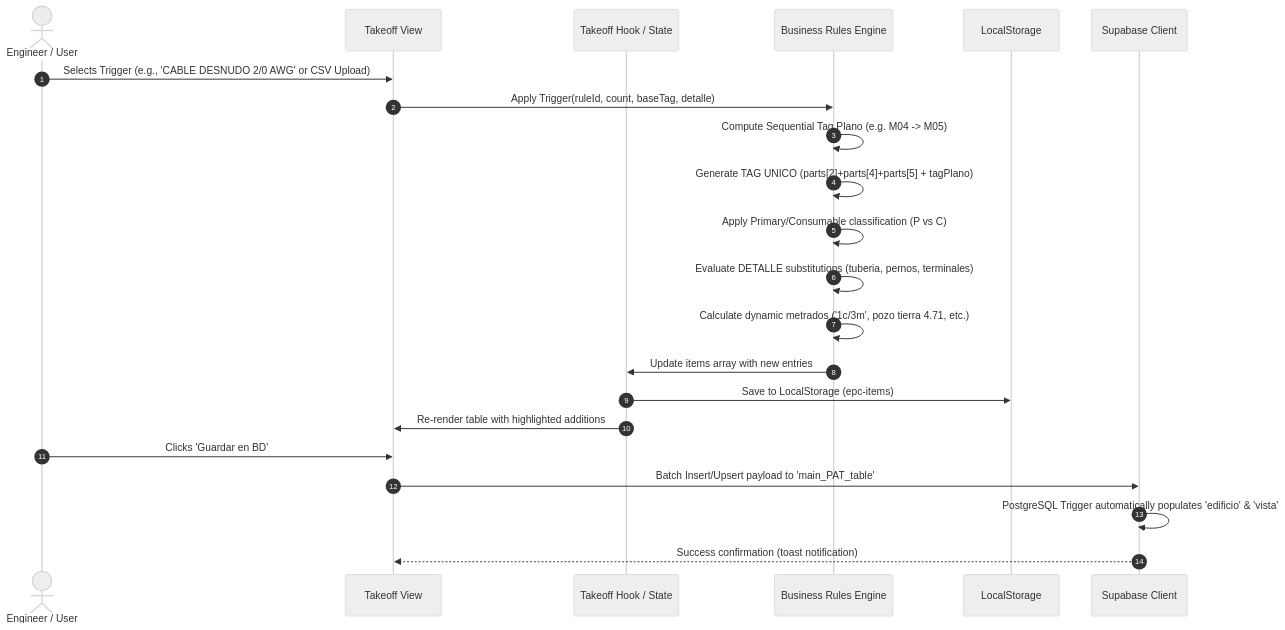
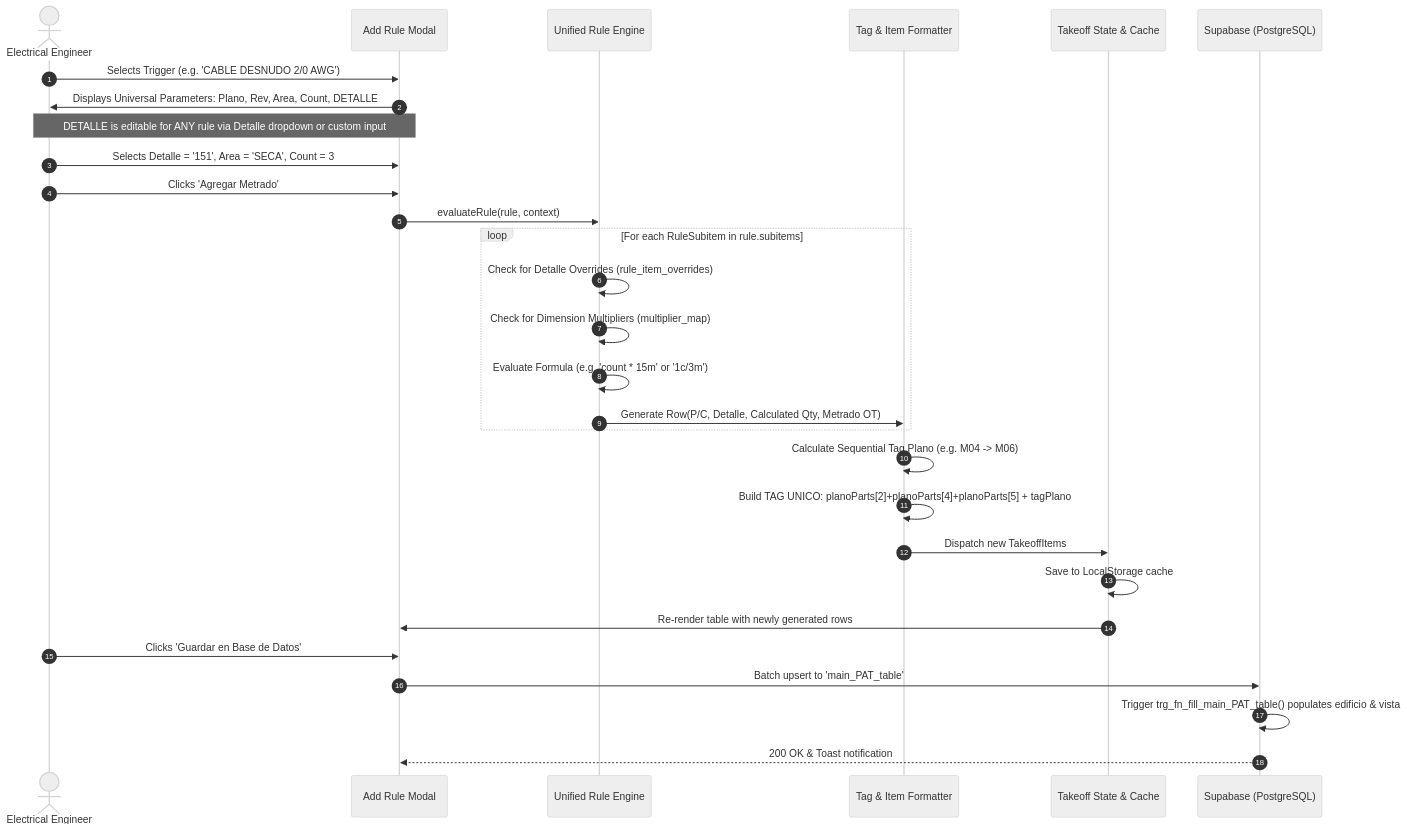
Before and after one commit to Ntifragility/Project_EPC-Take_off: the fourth of 5 diagrams in ARCHITECTURE.md, drawn with Mermaid (neutral theme). The commit also changed other lines of this file and 20 other files, not shown here.

````diff
--- a/ARCHITECTURE.md
+++ b/ARCHITECTURE.md
@@ -68,25 +425,35 @@
 ```mermaid
 sequenceDiagram
     autonumber
-    actor User as Engineer / User
-    participant UI as Takeoff View
-    participant Store as Takeoff Hook / State
-    participant Logic as Business Rules Engine
-    participant Cache as LocalStorage
-    participant Supa as Supabase Client
+    actor Engineer as Electrical Engineer
+    participant UI as Add Rule Modal
+    participant Engine as Unified Rule Engine
+    participant Formatter as Tag & Item Formatter
+    participant Store as Takeoff State & Cache
+    participant DB as Supabase (PostgreSQL)
 
-    User->>UI: Selects Trigger (e.g., 'CABLE DESNUDO 2/0 AWG' or CSV Upload)
-    UI->>Logic: Apply Trigger(ruleId, count, baseTag, detalle)
-    Logic->>Logic: Compute Sequential Tag Plano (e.g. M04 -> M05)
-    Logic->>Logic: Generate TAG UNICO (parts[2]+parts[4]+parts[5] + tagPlano)
-    Logic->>Logic: Apply Primary/Consumable classification (P vs C)
-    Logic->>Logic: Evaluate DETALLE substitutions (tuberia, pernos, terminales)
-    Logic->>Logic: Calculate dynamic metrados ('1c/3m', pozo tierra 4.71, etc.)
-    Logic->>Store: Update items array with new entries
-    Store->>Cache: Save to LocalStorage (epc-items)
-    Store->>UI: Re-render table with highlighted additions
-    User->>UI: Clicks 'Guardar en BD'
-    UI->>Supa: Batch Insert/Upsert payload to 'main_PAT_table'
-    Supa->>Supa: PostgreSQL Trigger automatically populates 'edificio' & 'vista'
-    Supa-->>UI: Success confirmation (toast notification)
+    Engineer->>UI: Selects Trigger (e.g. 'CABLE DESNUDO 2/0 AWG')
+    UI->>Engineer: Displays Universal Parameters: Plano, Rev, Area, Count, DETALLE
+    Note over UI,Engineer: DETALLE is editable for ANY rule via Detalle dropdown or custom input
+    Engineer->>UI: Selects Detalle = '151', Area = 'SECA', Count = 3
+    Engineer->>UI: Clicks 'Agregar Metrado'
+    
+    UI->>Engine: evaluateRule(rule, context)
+    loop For each RuleSubitem in rule.subitems
+        Engine->>Engine: Check for Detalle Overrides (rule_item_overrides)
+        Engine->>Engine: Check for Dimension Multipliers (multiplier_map)
+        Engine->>Engine: Evaluate Formula (e.g. 'count * 15m' or '1c/3m')
+        Engine->>Formatter: Generate Row(P/C, Detalle, Calculated Qty, Metrado OT)
+    end
+    
+    Formatter->>Formatter: Calculate Sequential Tag Plano (e.g. M04 -> M06)
+    Formatter->>Formatter: Build TAG UNICO: planoParts[2]+planoParts[4]+planoParts[5] + tagPlano
+    Formatter->>Store: Dispatch new TakeoffItems
+    Store->>Store: Save to LocalStorage cache
+    Store->>UI: Re-render table with newly generated rows
+    
+    Engineer->>UI: Clicks 'Guardar en Base de Datos'
+    UI->>DB: Batch upsert to 'main_PAT_table'
+    DB->>DB: Trigger trg_fn_fill_main_PAT_table() populates edificio & vista
+    DB-->>UI: 200 OK & Toast notification
 ```
````
